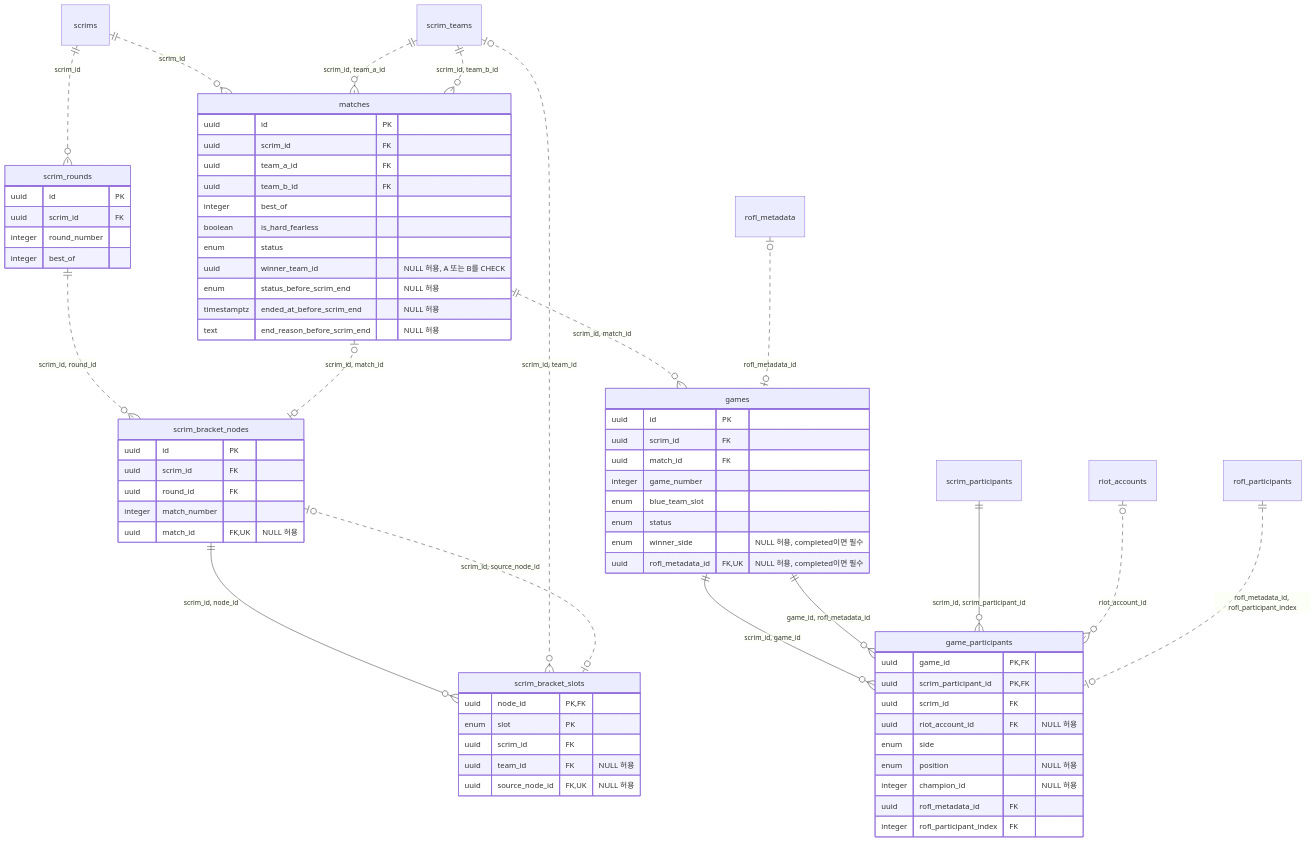
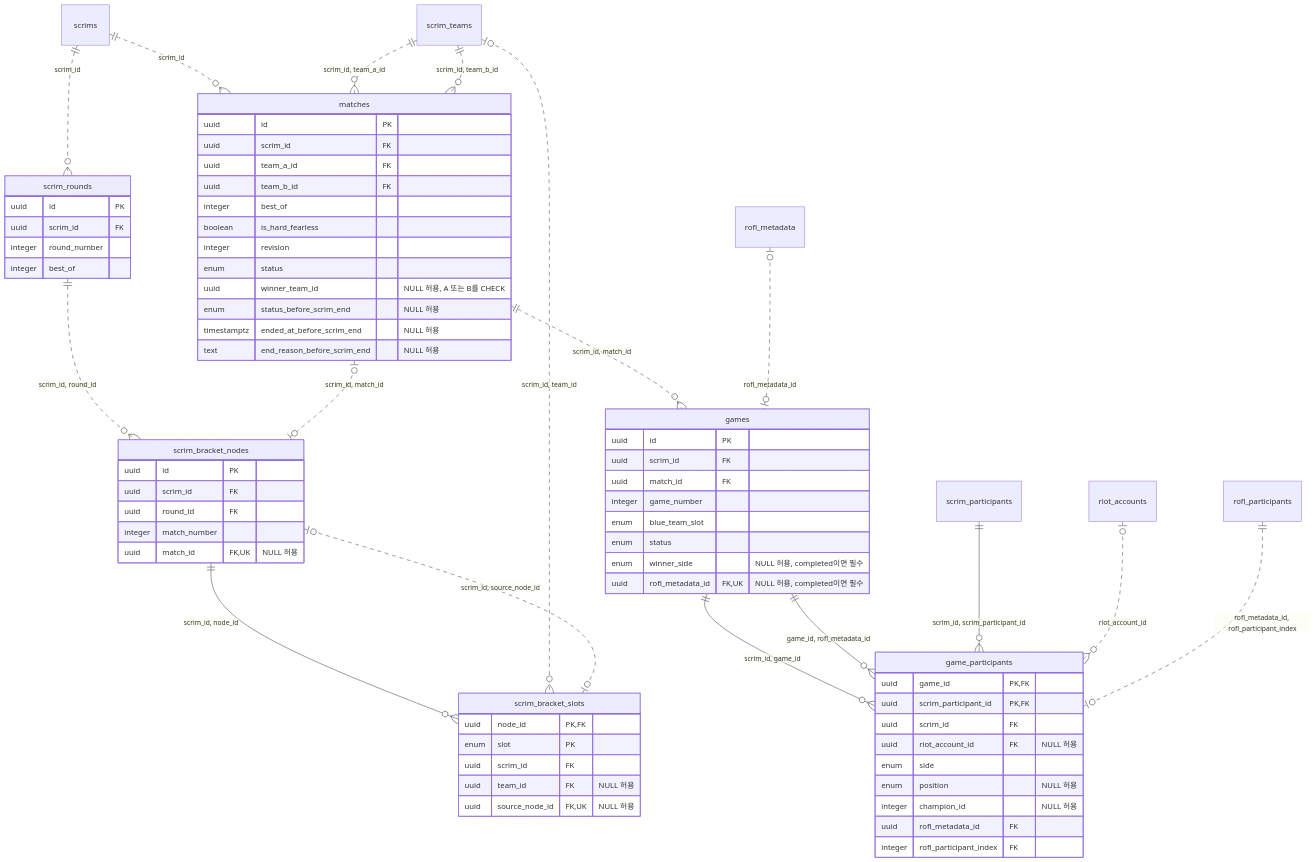
Before and after one commit to Longcat2957/MonkeyScrimManager2: the seventh of 9 diagrams in docs/database-erd.md, drawn with Mermaid. The commit also changed other lines of this file and 67 other files, not shown here.

````diff
--- a/docs/database-erd.md
+++ b/docs/database-erd.md
@@ -478,74 +498,75 @@
 ```mermaid
 erDiagram
     scrim_rounds {
         uuid id PK
         uuid scrim_id FK
         integer round_number
         integer best_of
     }
     scrim_bracket_nodes {
         uuid id PK
         uuid scrim_id FK
         uuid round_id FK
         integer match_number
         uuid match_id FK, UK "NULL 허용"
     }
     scrim_bracket_slots {
         uuid node_id PK, FK
         enum slot PK
         uuid scrim_id FK
         uuid team_id FK "NULL 허용"
         uuid source_node_id FK, UK "NULL 허용"
     }
     matches {
         uuid id PK
         uuid scrim_id FK
         uuid team_a_id FK
         uuid team_b_id FK
         integer best_of
         boolean is_hard_fearless
+        integer revision
         enum status
         uuid winner_team_id "NULL 허용, A 또는 B를 CHECK"
         enum status_before_scrim_end "NULL 허용"
         timestamptz ended_at_before_scrim_end "NULL 허용"
         text end_reason_before_scrim_end "NULL 허용"
     }
     games {
         uuid id PK
         uuid scrim_id FK
         uuid match_id FK
         integer game_number
         enum blue_team_slot
         enum status
         enum winner_side "NULL 허용, completed이면 필수"
         uuid rofl_metadata_id FK, UK "NULL 허용, completed이면 필수"
     }
     game_participants {
         uuid game_id PK, FK
         uuid scrim_participant_id PK, FK
         uuid scrim_id FK
         uuid riot_account_id FK "NULL 허용"
         enum side
         enum position "NULL 허용"
         integer champion_id "NULL 허용"
         uuid rofl_metadata_id FK
         integer rofl_participant_index FK
     }
 
     scrims ||..o{ scrim_rounds : scrim_id
     scrim_rounds ||..o{ scrim_bracket_nodes : "scrim_id, round_id"
     matches |o..o| scrim_bracket_nodes : "scrim_id, match_id"
     scrim_bracket_nodes ||--o{ scrim_bracket_slots : "scrim_id, node_id"
     scrim_teams |o..o{ scrim_bracket_slots : "scrim_id, team_id"
     scrim_bracket_nodes |o..o| scrim_bracket_slots : "scrim_id, source_node_id"
     scrims ||..o{ matches : scrim_id
     scrim_teams ||..o{ matches : "scrim_id, team_a_id"
     scrim_teams ||..o{ matches : "scrim_id, team_b_id"
     matches ||..o{ games : "scrim_id, match_id"
     rofl_metadata |o..o| games : rofl_metadata_id
     games ||--o{ game_participants : "scrim_id, game_id"
     games ||--o{ game_participants : "game_id, rofl_metadata_id"
     scrim_participants ||--o{ game_participants : "scrim_id, scrim_participant_id"
     riot_accounts |o..o{ game_participants : riot_account_id
     rofl_participants ||..o| game_participants : "rofl_metadata_id, rofl_participant_index"
 ```
````
